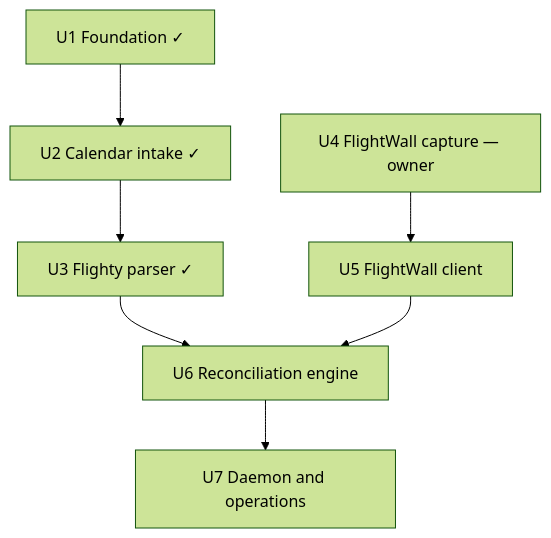
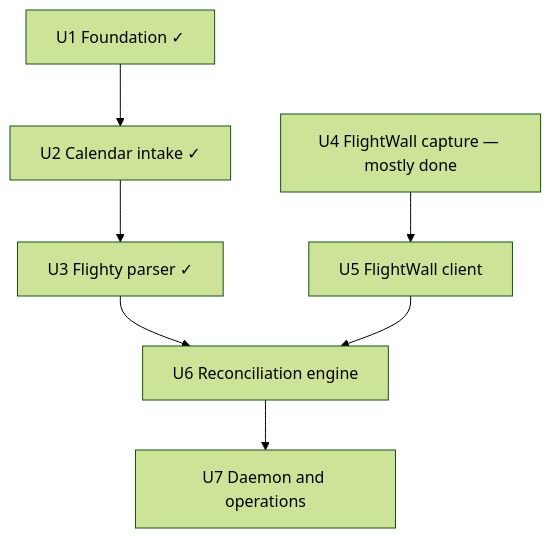
One commit to butlerx/flighty-wall changed the third of 3 diagrams in docs/plans/2026-09-21-001-feat-flighty-flightwall-sync-plan.md. Above: the diagram before and after it, drawn with Mermaid (forest theme). The commit also changed other lines of this file and 12 other files, not shown here.

````diff
--- a/docs/plans/2026-09-21-001-feat-flighty-flightwall-sync-plan.md
+++ b/docs/plans/2026-09-21-001-feat-flighty-flightwall-sync-plan.md
@@ -253,16 +265,16 @@
 ```mermaid
 flowchart TB
     U1[U1 Foundation ✓]
     U2[U2 Calendar intake ✓]
     U3[U3 Flighty parser ✓]
-    U4[U4 FlightWall capture — owner]
+    U4[U4 FlightWall capture — mostly done]
     U5[U5 FlightWall client]
     U6[U6 Reconciliation engine]
     U7[U7 Daemon and operations]
 
     U1 --> U2 --> U3
     U4 --> U5
     U3 --> U6
     U5 --> U6
     U6 --> U7
 ```
````
